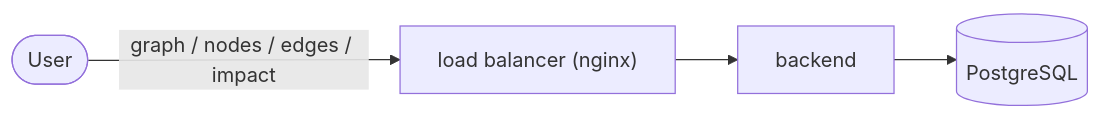
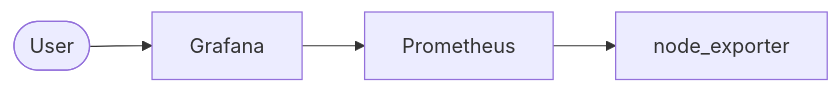
The diagram in README.md (AttarArashk/exam-template), drawn with Mermaid before and after one commit. The commit also changed other lines of this file, not shown here.

````diff
--- a/README.md
+++ b/README.md
@@ -30,6 +10,6 @@
 ```mermaid
 flowchart LR
-  User(["User"]) -->|"graph / nodes / edges / impact"| LB["load balancer (nginx)"]
-  LB --> API["backend"]
-  API --> DB[("PostgreSQL")]
+  User(["User"]) --> Grafana["Grafana"]
+  Grafana --> Prometheus["Prometheus"]
+  Prometheus --> NodeExp["node_exporter"]
 ```
````
